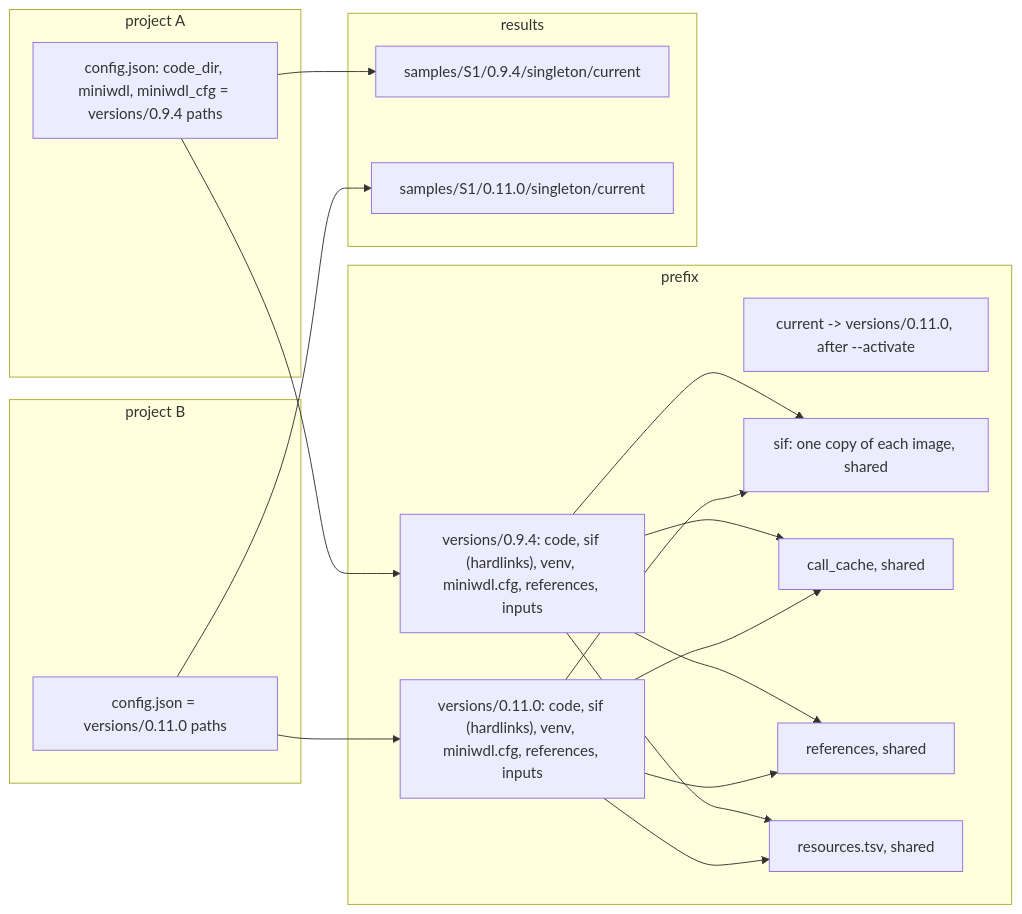
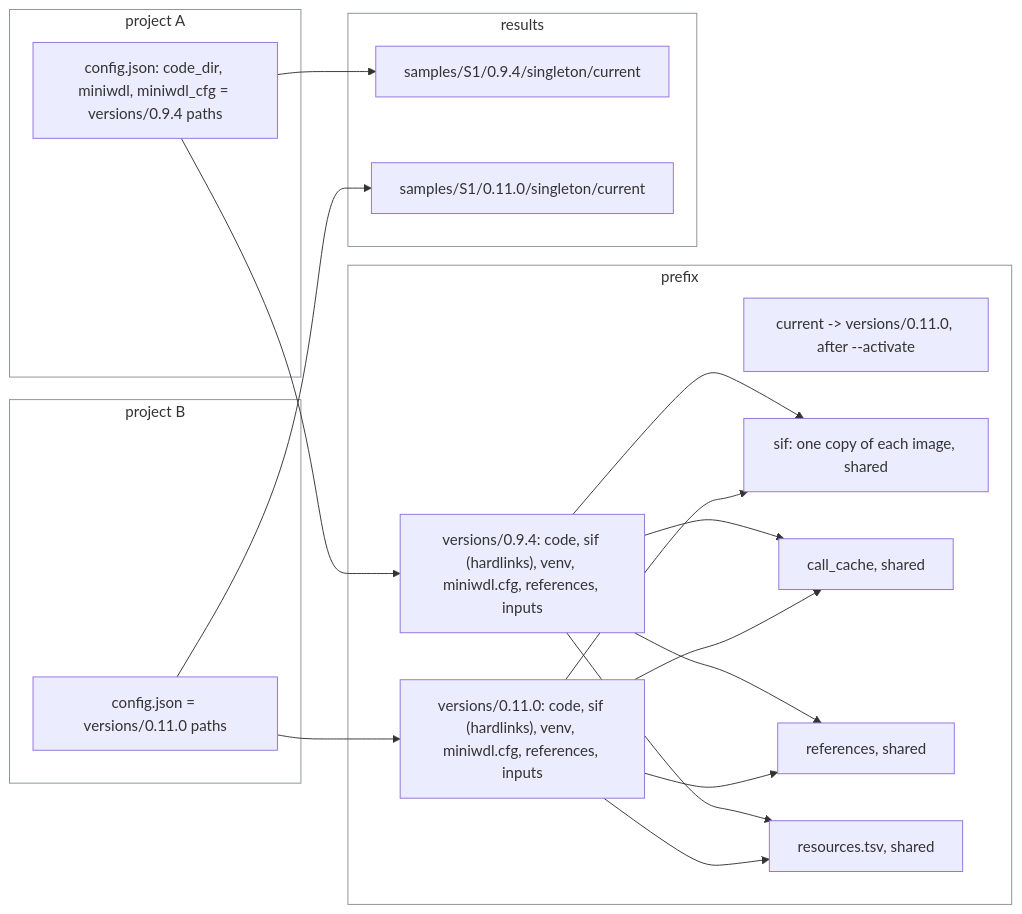
One commit to UppsalaGenomeCenter/ugc-wgw changed the diagram in docs/guide/10-upgrading.md. Above: the diagram before and after it, drawn with Mermaid. The commit also changed 19 other files, not shown here.

````diff
--- a/docs/guide/10-upgrading.md
+++ b/docs/guide/10-upgrading.md
@@ -5,34 +5,36 @@
 ```mermaid
 flowchart LR
   subgraph prefix["prefix"]
     v1["versions/0.9.4: code, sif (hardlinks), venv, miniwdl.cfg, references, inputs"]
     v2["versions/0.11.0: code, sif (hardlinks), venv, miniwdl.cfg, references, inputs"]
     cur["current -> versions/0.11.0, after --activate"]
     store["sif: one copy of each image, shared"]
     cc["call_cache, shared"]
     refs["references, shared"]
     pol["resources.tsv, shared"]
   end
   subgraph proj["project A"]
     cfgA["config.json: code_dir, miniwdl, miniwdl_cfg = versions/0.9.4 paths"]
   end
   subgraph proj2["project B"]
     cfgB["config.json = versions/0.11.0 paths"]
   end
   subgraph res["results"]
     r1["samples/S1/0.9.4/singleton/current"]
     r2["samples/S1/0.11.0/singleton/current"]
   end
   cfgA --> v1
   cfgB --> v2
   v1 --> store
   v2 --> store
   v1 --> cc
   v2 --> cc
   v1 --> refs
   v2 --> refs
   v1 --> pol
   v2 --> pol
   cfgA --> r1
   cfgB --> r2
+  classDef box fill:none,stroke:#8a8f95
+  class prefix,proj,proj2,res box
 ```
````
